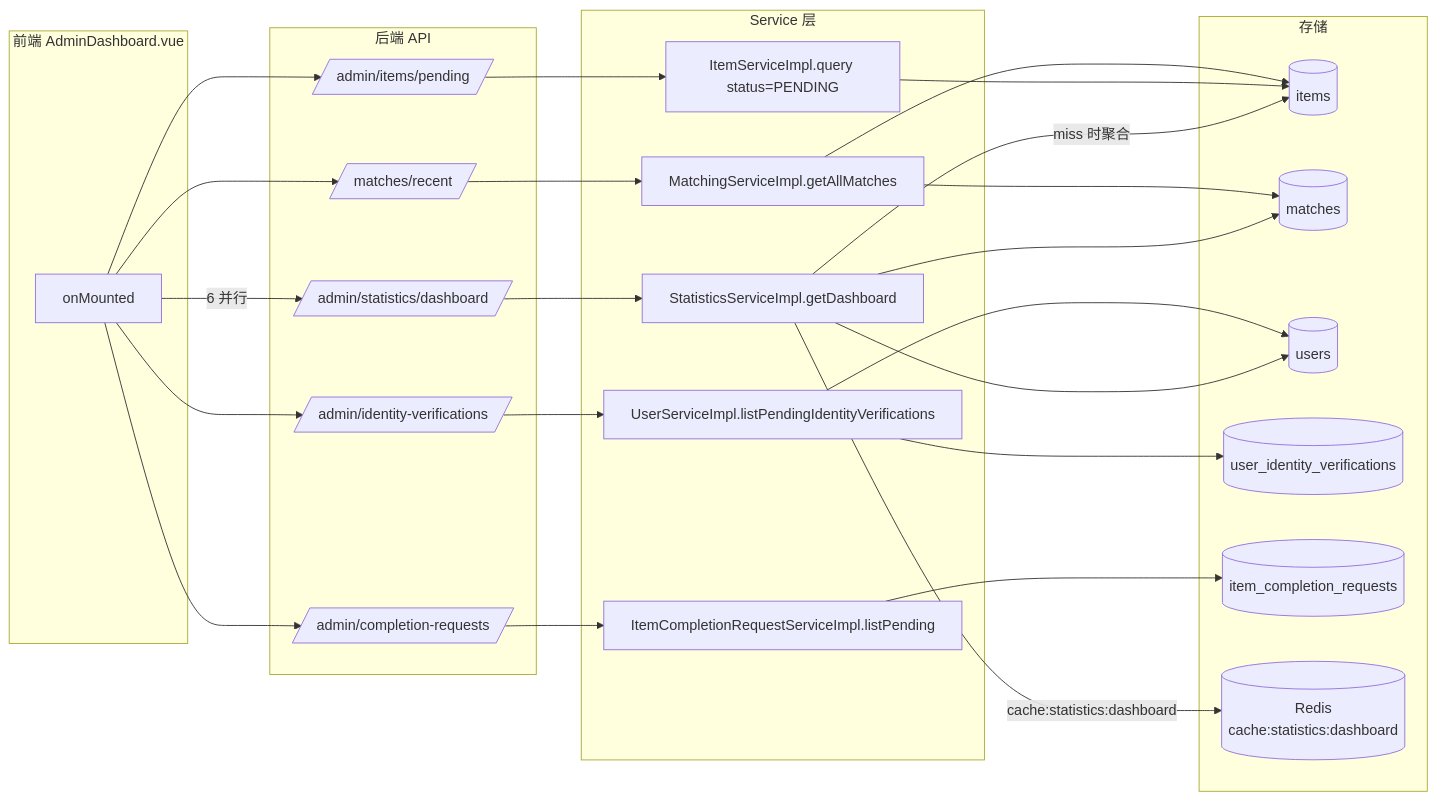
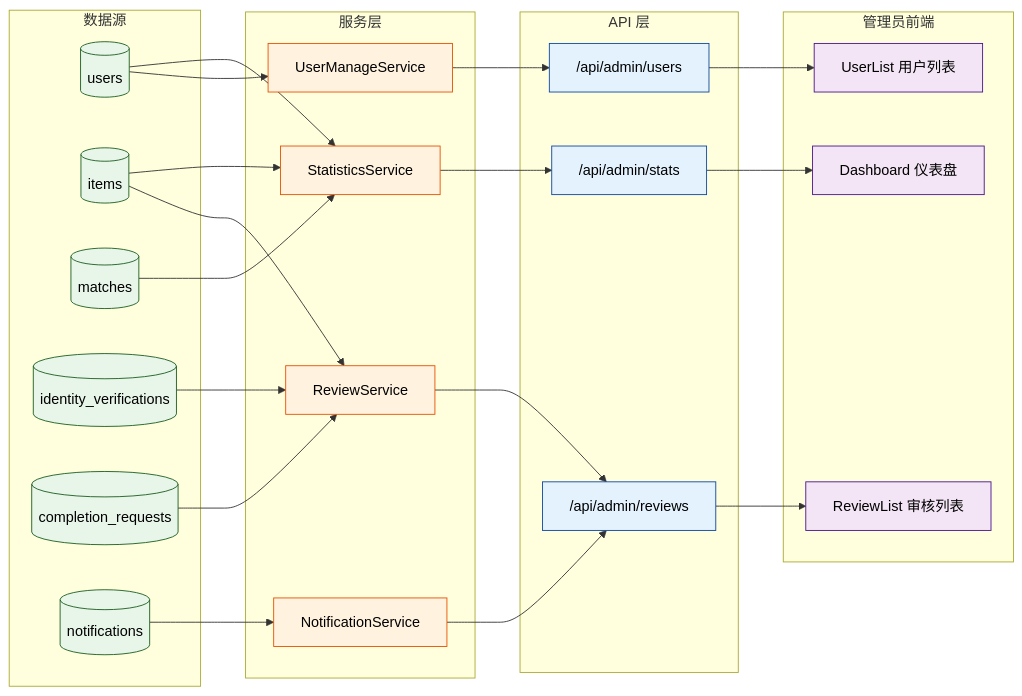
Before and after one commit to zwj-3193655211/campus-LostandFound: diagram 18 of 29 in docs/项目图表.md, drawn with Mermaid. The commit also changed other lines of this file and 51 other files, not shown here.

````diff
--- a/docs/项目图表.md
+++ b/docs/项目图表.md
@@ -721,54 +856,58 @@
 ```mermaid
 flowchart LR
-    subgraph Frontend["前端 AdminDashboard.vue"]
-        F1[onMounted]
+    subgraph DataSources[数据源]
+        D1[(users)]
+        D2[(items)]
+        D3[(matches)]
+        D4[(identity_verifications)]
+        D5[(completion_requests)]
+        D6[(notifications)]
     end
 
-    subgraph BackendAPI["后端 API"]
-        A1[/admin/statistics/dashboard/]
-        A2[/admin/items/pending/]
-        A3[/admin/identity-verifications/]
-        A4[/admin/completion-requests/]
-        A5[/matches/recent/]
+    subgraph ServiceLayer[服务层]
+        S1[StatisticsService]
+        S2[ReviewService]
+        S3[UserManageService]
+        S4[NotificationService]
     end
 
-    subgraph Service["Service 层"]
-        S1[StatisticsServiceImpl.getDashboard]
-        S2[ItemServiceImpl.query status=PENDING]
-        S3[UserServiceImpl.listPendingIdentityVerifications]
-        S4[ItemCompletionRequestServiceImpl.listPending]
-        S5[MatchingServiceImpl.getAllMatches]
+    subgraph APILayer[API 层]
+        A1["/api/admin/stats"]
+        A2["/api/admin/reviews"]
+        A3["/api/admin/users"]
     end
 
-    subgraph Storage["存储"]
-        DB1[(items)]
-        DB2[(matches)]
-        DB3[(users)]
-        DB4[(user_identity_verifications)]
-        DB5[(item_completion_requests)]
-        CACHE[(Redis<br/>cache:statistics:dashboard)]
+    subgraph AdminUI[管理员前端]
+        U1[Dashboard 仪表盘]
+        U2[ReviewList 审核列表]
+        U3[UserList 用户列表]
     end
 
-    F1 -->|6 并行| A1
-    F1 --> A2
-    F1 --> A3
-    F1 --> A4
-    F1 --> A5
+    D1 --> S1
+    D2 --> S1
+    D3 --> S1
+    D2 --> S2
+    D4 --> S2
+    D5 --> S2
+    D1 --> S3
+    D6 --> S4
 
-    A1 --> S1
-    A2 --> S2
-    A3 --> S3
-    A4 --> S4
-    A5 --> S5
+    S1 --> A1
+    S2 --> A2
+    S3 --> A3
+    S4 --> A2
 
-    S1 -->|cache:statistics:dashboard| CACHE
-    S1 -->|miss 时聚合| DB1
-    S1 --> DB2
-    S1 --> DB3
-    S2 --> DB1
-    S3 --> DB4
-    S3 --> DB3
-    S4 --> DB5
-    S5 --> DB2
-    S5 --> DB1
+    A1 --> U1
+    A2 --> U2
+    A3 --> U3
+
+    classDef dataCls fill:#e8f5e9,stroke:#1b5e20,color:#000
+    classDef svcCls fill:#fff3e0,stroke:#e65100,color:#000
+    classDef apiCls fill:#e3f2fd,stroke:#0d47a1,color:#000
+    classDef uiCls fill:#f3e5f5,stroke:#4a148c,color:#000
+
+    class D1,D2,D3,D4,D5,D6 dataCls
+    class S1,S2,S3,S4 svcCls
+    class A1,A2,A3 apiCls
+    class U1,U2,U3 uiCls
 ```
````
